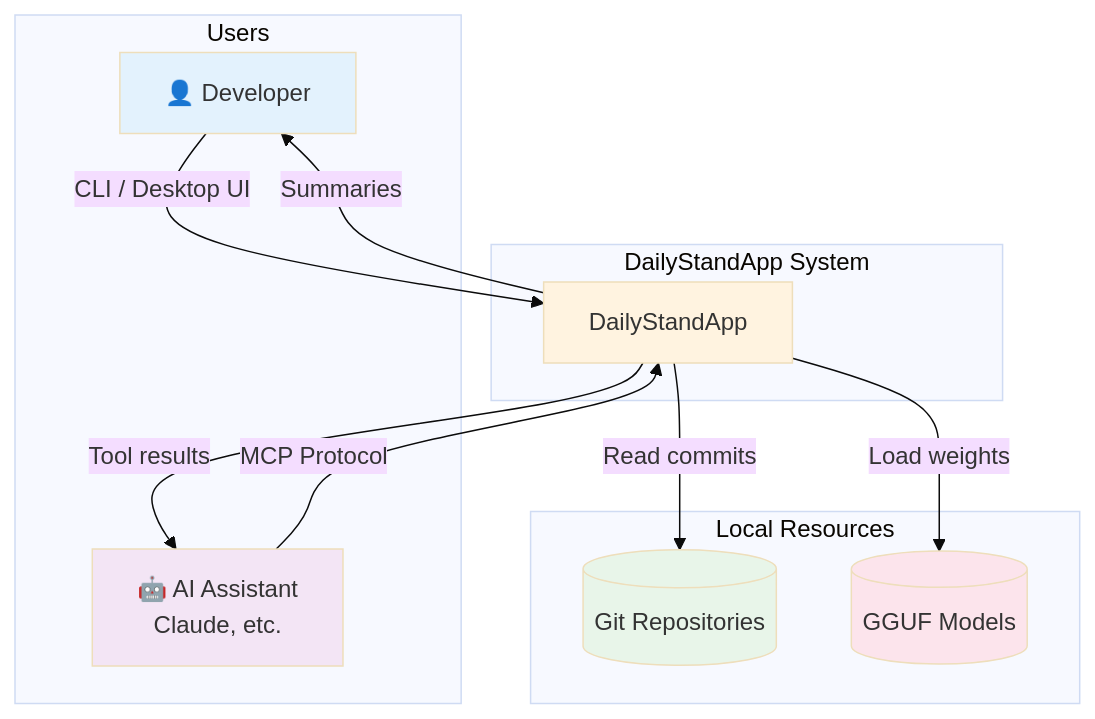
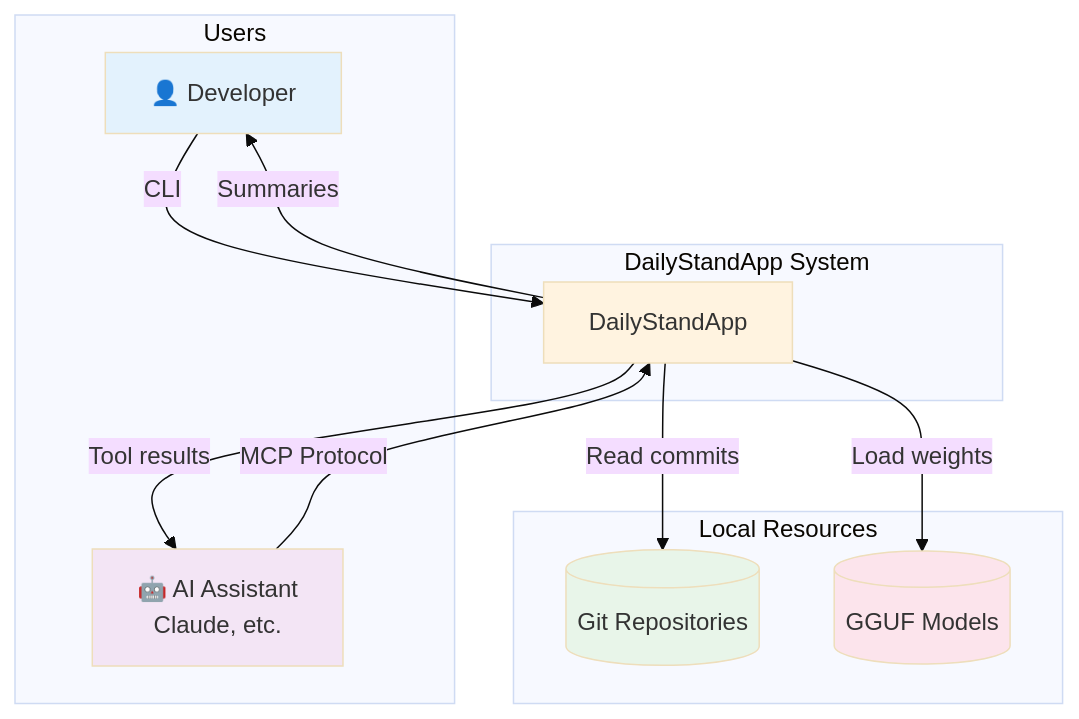
The first of 3 diagrams in docs/modules/architecture/pages/03-context-scope.adoc (michalharakal/Daily-StandAPP), drawn with Mermaid (base theme) before and after one commit. The commit also changed other lines of this file and 10 other files, not shown here.

First line of the commit message:
Update arc42 architecture docs to reflect current codebase

```diff
--- a/docs/modules/architecture/pages/03-context-scope.adoc
+++ b/docs/modules/architecture/pages/03-context-scope.adoc
@@ -10,30 +10,30 @@
 [mermaid]
 ----
 graph TB
     subgraph "Users"
         DEV[👤 Developer]
         AI[🤖 AI Assistant<br/>Claude, etc.]
     end
 
     subgraph "DailyStandApp System"
         APP[DailyStandApp]
     end
 
     subgraph "Local Resources"
         GIT[(Git Repositories)]
         MODEL[(GGUF Models)]
     end
 
-    DEV -->|"CLI / Desktop UI"| APP
+    DEV -->|"CLI"| APP
     AI -->|"MCP Protocol"| APP
     APP -->|"Read commits"| GIT
     APP -->|"Load weights"| MODEL
     APP -->|"Summaries"| DEV
     APP -->|"Tool results"| AI
 
     style DEV fill:#e3f2fd
     style AI fill:#f3e5f5
     style APP fill:#fff3e0
     style GIT fill:#e8f5e9
     style MODEL fill:#fce4ec
 ----
```
